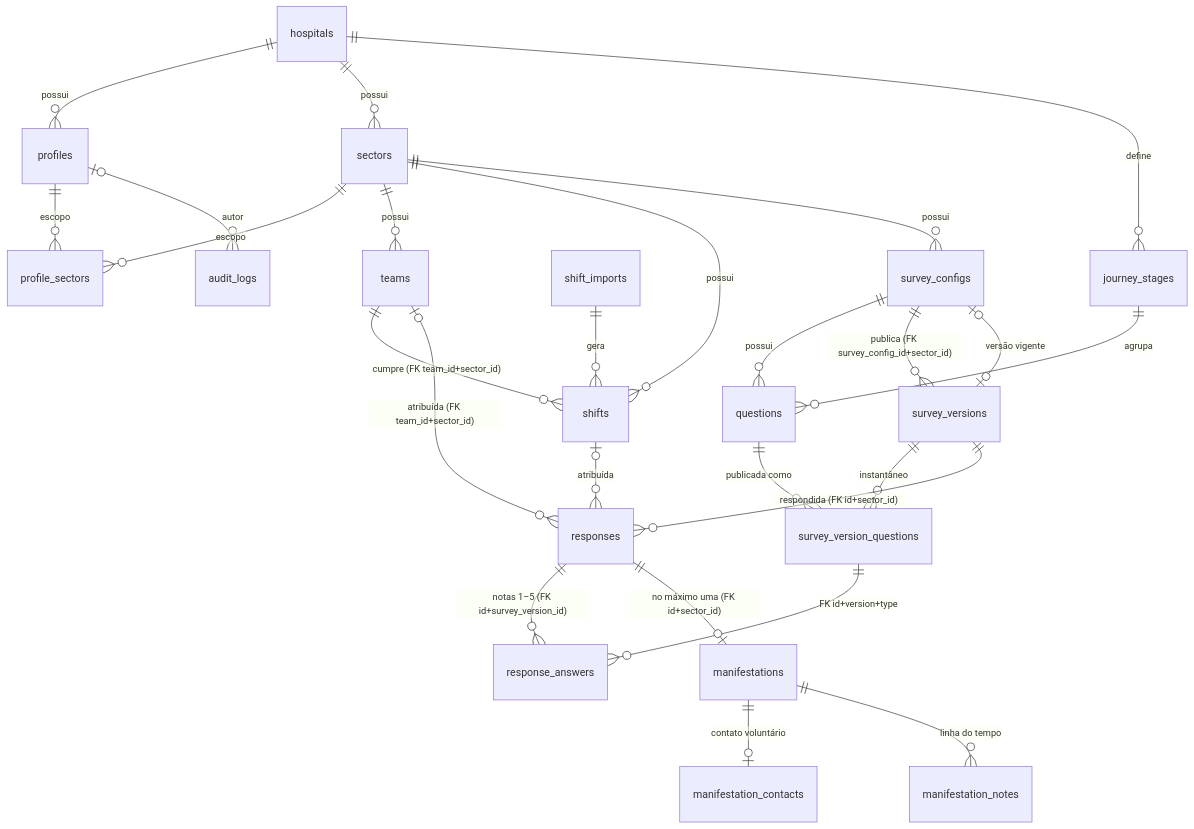
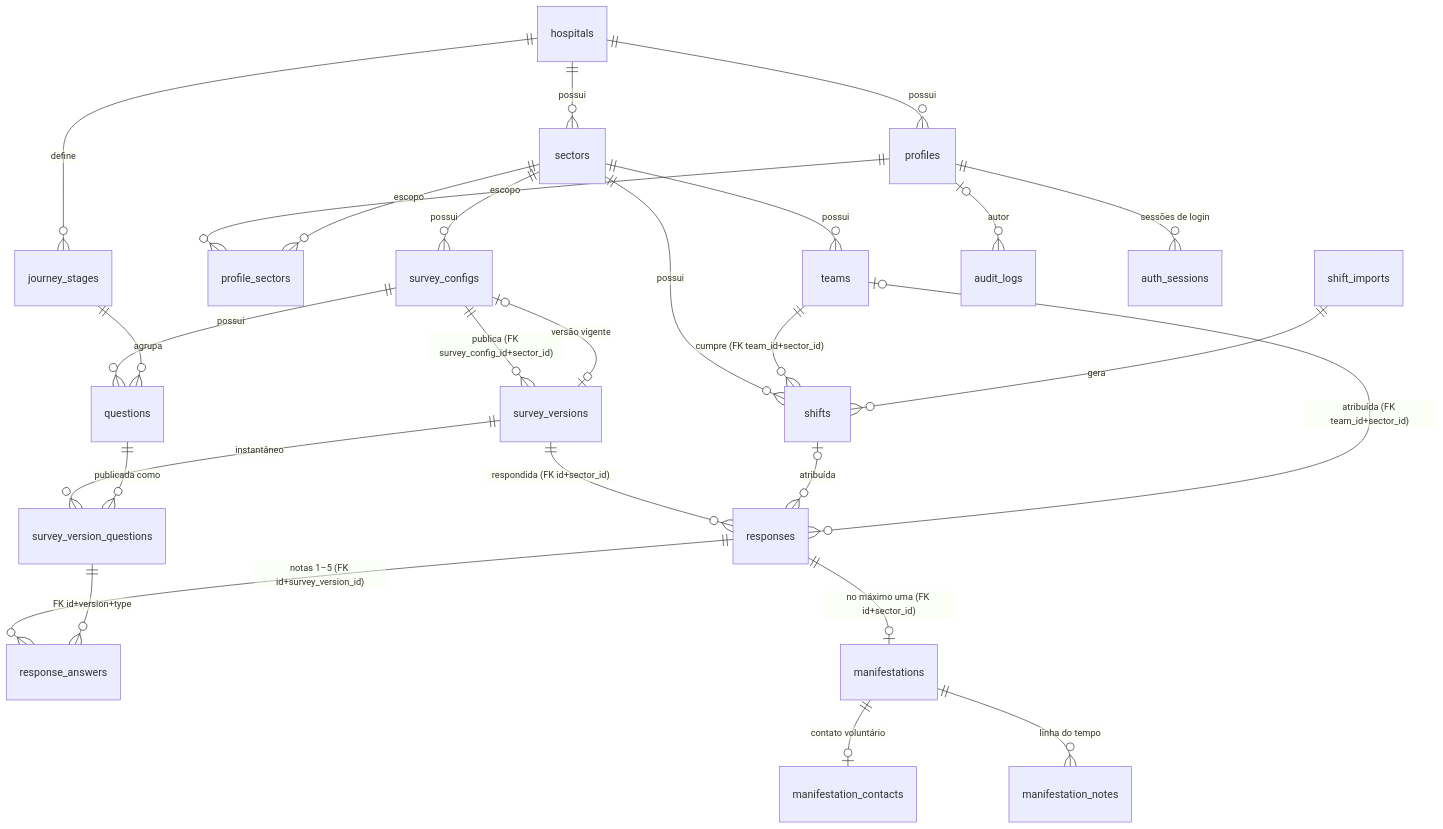
The diagram in docs/modelo-de-dados.md (joao-farias16/fhdod-experiencia-paciente), drawn with Mermaid before and after one commit. The commit also changed other lines of this file and 140 other files, not shown here.

````diff
--- a/docs/modelo-de-dados.md
+++ b/docs/modelo-de-dados.md
@@ -19,28 +23,29 @@
 ```mermaid
 erDiagram
   hospitals ||--o{ profiles : "possui"
   hospitals ||--o{ sectors : "possui"
   hospitals ||--o{ journey_stages : "define"
   profiles ||--o{ profile_sectors : "escopo"
   sectors ||--o{ profile_sectors : "escopo"
   sectors ||--o{ teams : "possui"
   sectors ||--o{ shifts : "possui"
   teams ||--o{ shifts : "cumpre (FK team_id+sector_id)"
   shift_imports ||--o{ shifts : "gera"
   sectors ||--o{ survey_configs : "possui"
   survey_configs ||--o{ questions : "possui"
   journey_stages ||--o{ questions : "agrupa"
   survey_configs ||--o{ survey_versions : "publica (FK survey_config_id+sector_id)"
   survey_configs |o--o| survey_versions : "versão vigente"
   survey_versions ||--o{ survey_version_questions : "instantâneo"
   questions ||--o{ survey_version_questions : "publicada como"
   survey_versions ||--o{ responses : "respondida (FK id+sector_id)"
   shifts |o--o{ responses : "atribuída"
   teams |o--o{ responses : "atribuída (FK team_id+sector_id)"
   responses ||--o{ response_answers : "notas 1–5 (FK id+survey_version_id)"
   survey_version_questions ||--o{ response_answers : "FK id+version+type"
   responses ||--o| manifestations : "no máximo uma (FK id+sector_id)"
   manifestations ||--o| manifestation_contacts : "contato voluntário"
   manifestations ||--o{ manifestation_notes : "linha do tempo"
   profiles |o--o{ audit_logs : "autor"
+  profiles ||--o{ auth_sessions : "sessões de login"
 ```
````
